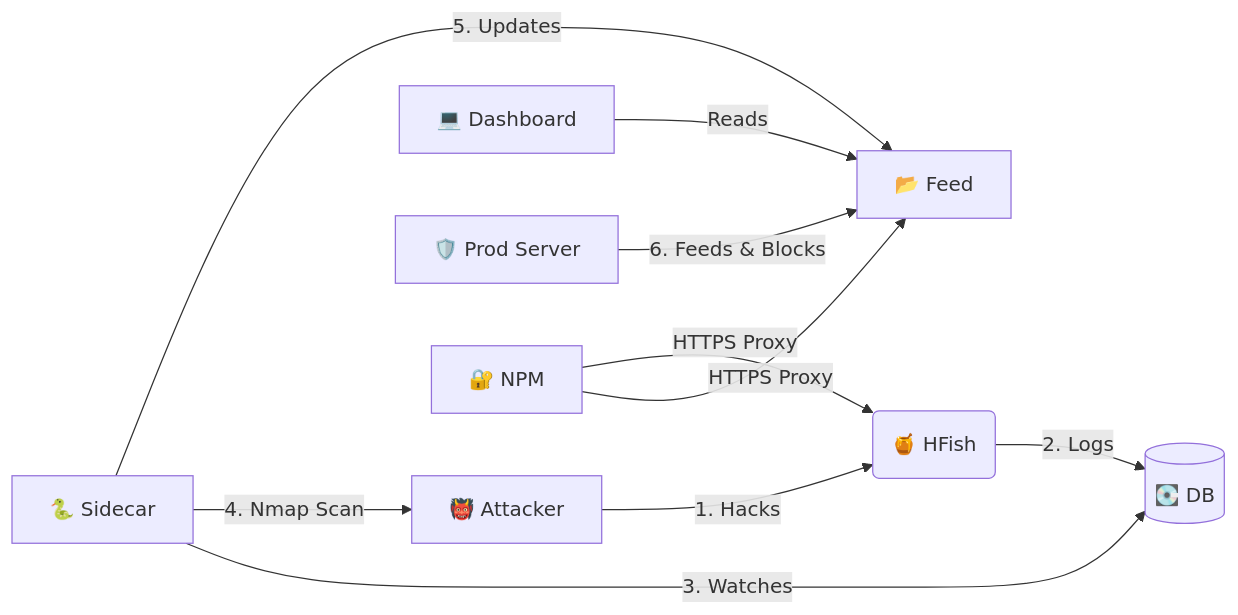
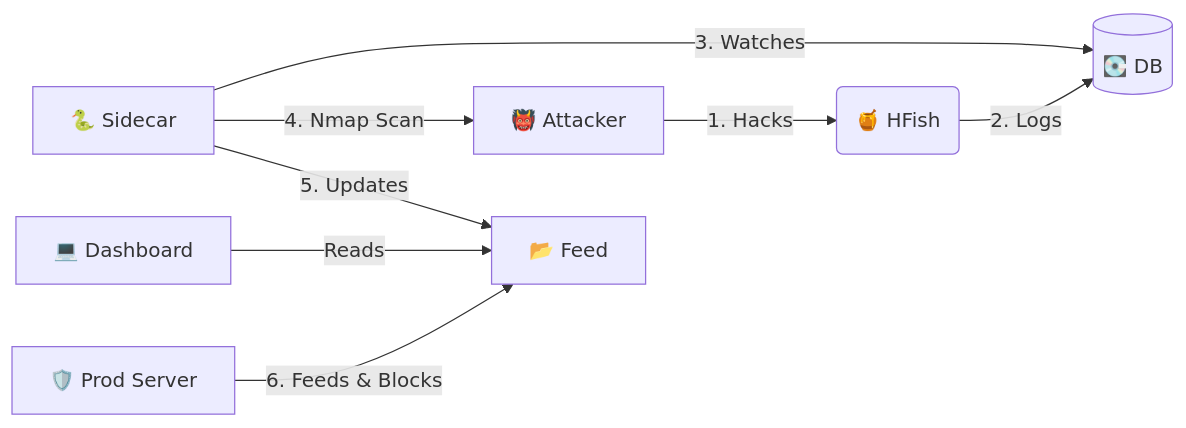
Before and after one commit to derlemue/honey-scan: the diagram in README.md, drawn with Mermaid. The commit also changed other lines of this file and 4 other files, not shown here.

Commit message:
chore: remove nginx proxy manager (npm) to simplify architecture

````diff
--- a/README.md
+++ b/README.md
@@ -43,12 +41,10 @@
 ```mermaid
 graph LR
     A[👹 Attacker] -- 1. Hacks --> B(🍯 HFish)
     B -- 2. Logs --> C[(💽 DB)]
     D[🐍 Sidecar] -- 3. Watches --> C
     D -- 4. Nmap Scan --> A
     D -- 5. Updates --> E[📂 Feed]
     F[💻 Dashboard] -- Reads --> E
     G[🛡️ Prod Server] -- 6. Feeds & Blocks --> E
-    H[🔐 NPM] -- HTTPS Proxy --> E
-    H -- HTTPS Proxy --> B
 ```
````
